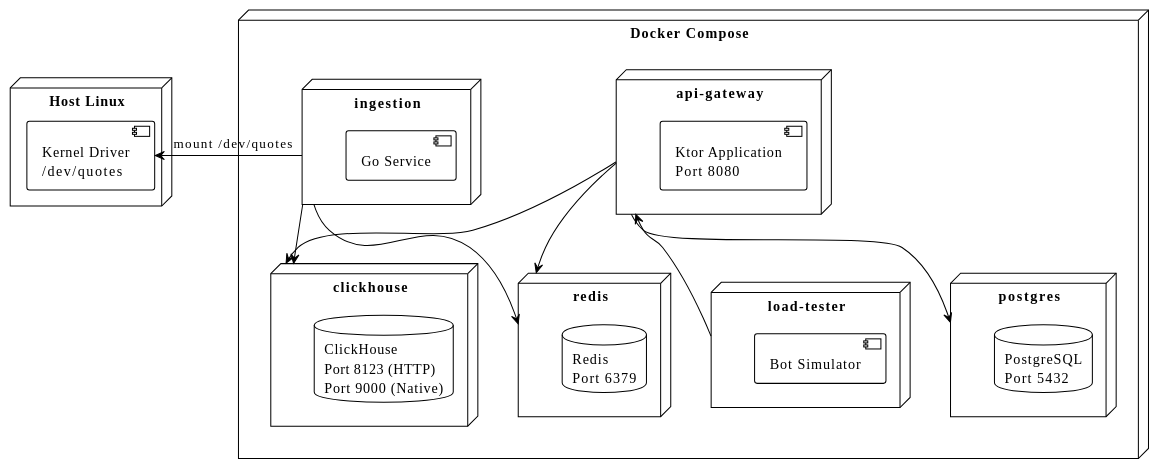
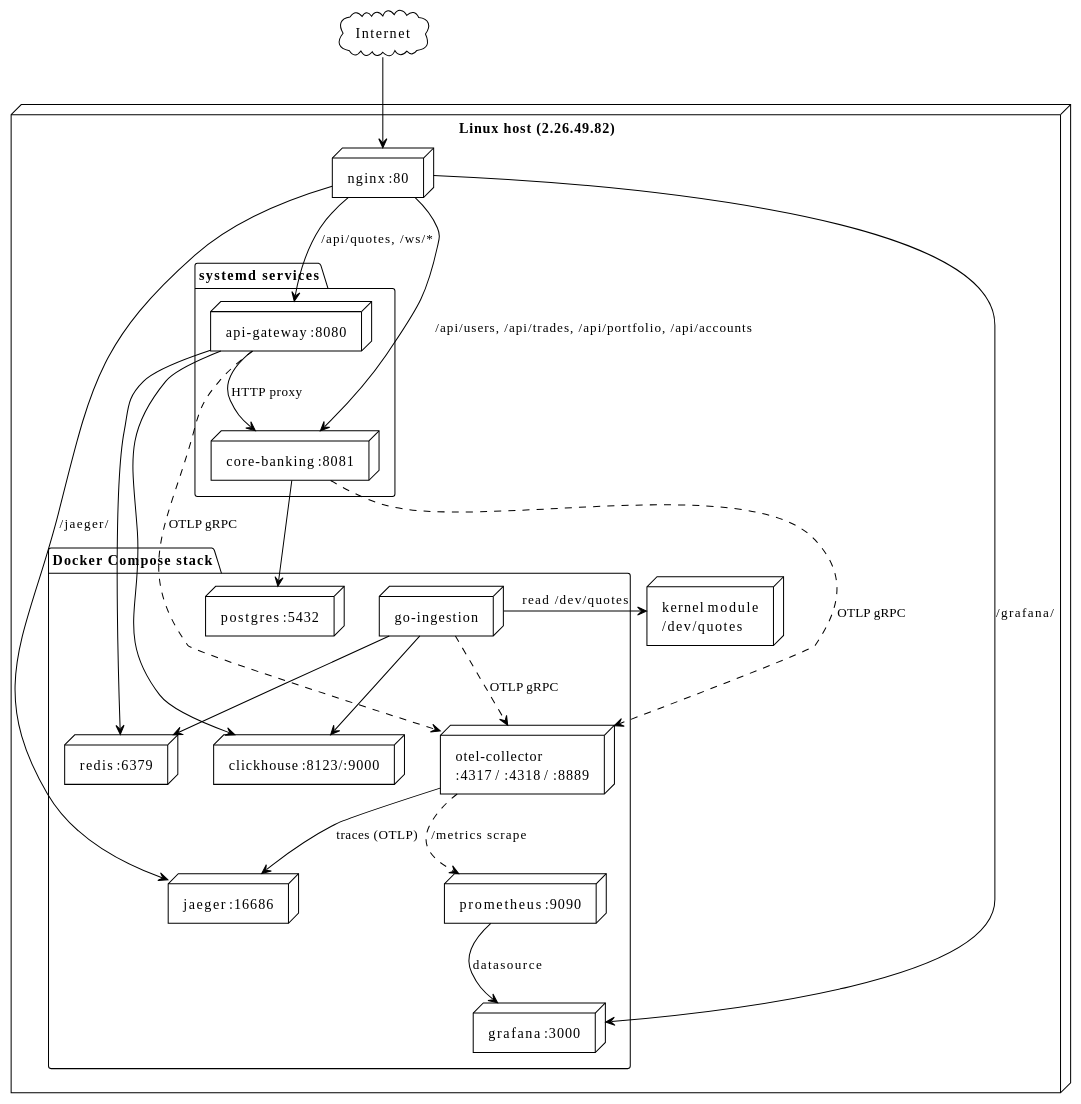
Before and after one commit to mike-yasnov/rmp-project: the fifth of 6 diagrams in backend/docs/architecture.md, drawn with PlantUML. The commit also changed other lines of this file and 29 other files, not shown here.

First line of the commit message:
feat(otel): integrate OpenTelemetry into Kotlin and Go services

````diff
--- a/backend/docs/architecture.md
+++ b/backend/docs/architecture.md
@@ -338,47 +361,56 @@
 ```plantuml
 @startuml
 !theme plain
 
-node "Docker Compose" {
+cloud "Internet" as net
 
-  node "api-gateway" as api {
-    [Ktor Application\nPort 8080]
+node "Linux host (2.26.49.82)" {
+
+  node "nginx :80" as nginx
+
+  package "Docker Compose stack" {
+    node "postgres :5432" as pg
+    node "clickhouse :8123/:9000" as ch
+    node "redis :6379" as redis
+
+    node "otel-collector\n:4317 / :4318 / :8889" as otel
+    node "jaeger :16686" as jaeger
+    node "prometheus :9090" as prom
+    node "grafana :3000" as grafana
+
+    node "go-ingestion" as ingest
   }
 
-  node "ingestion" as ingest {
-    [Go Service]
+  package "systemd services" {
+    node "api-gateway :8080" as api
+    node "core-banking :8081" as bank
   }
 
-  node "load-tester" as lt {
-    [Bot Simulator]
-  }
-
-  node "postgres" as pg {
-    database "PostgreSQL\nPort 5432"
-  }
-
-  node "clickhouse" as ch {
-    database "ClickHouse\nPort 8123 (HTTP)\nPort 9000 (Native)"
-  }
-
-  node "redis" as redis {
-    database "Redis\nPort 6379"
-  }
+  node "kernel module\n/dev/quotes" as driver
 }
 
-node "Host Linux" {
-  [Kernel Driver\n/dev/quotes] as driver
-}
+net --> nginx
 
-api -down-> pg
-api -down-> ch
-api -down-> redis
+nginx --> api : /api/quotes, /ws/*
+nginx --> bank : /api/users, /api/trades, /api/portfolio, /api/accounts
+nginx --> jaeger : /jaeger/
+nginx --> grafana : /grafana/
 
-ingest -down-> ch
-ingest -down-> redis
-ingest -left-> driver : mount /dev/quotes
+api --> ch
+api --> redis
+api --> bank : HTTP proxy
+api ..> otel : OTLP gRPC
+bank --> pg
+bank ..> otel : OTLP gRPC
 
-lt -up-> api
+ingest --> ch
+ingest --> redis
+ingest -left-> driver : read /dev/quotes
+ingest ..> otel : OTLP gRPC
+
+otel --> jaeger : traces (OTLP)
+otel ..> prom : /metrics scrape
+prom --> grafana : datasource
 
 @enduml
 ```
````
